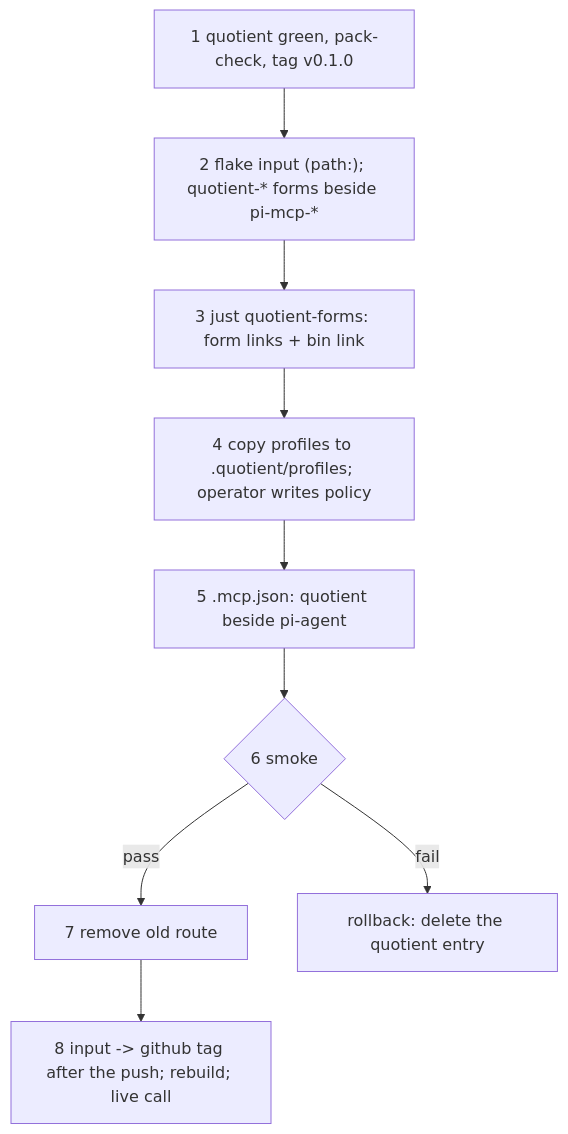
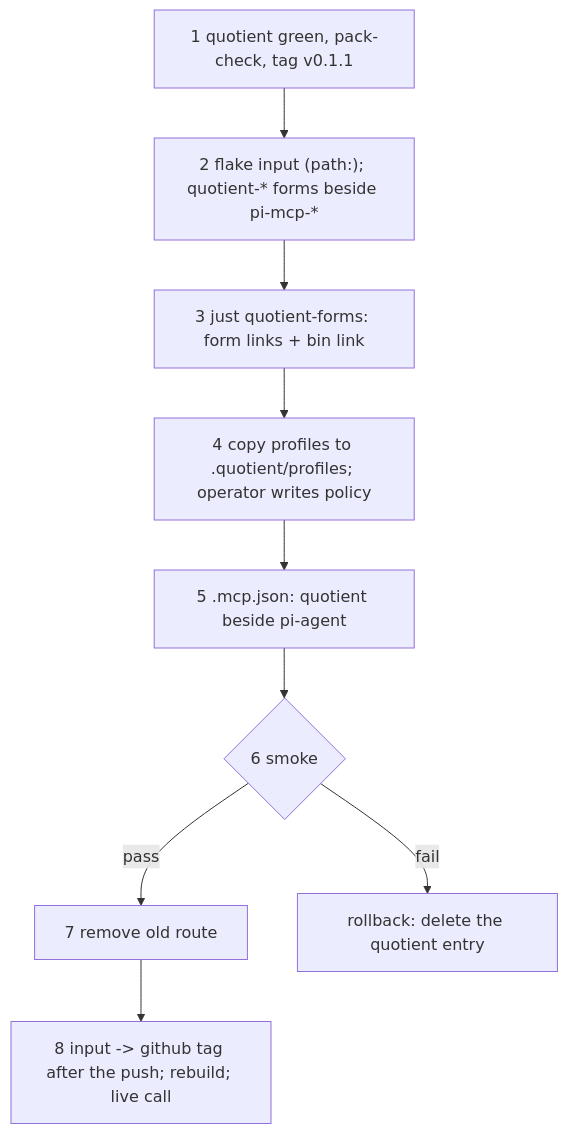
One commit to davidlee/satan changed the fourth of 4 diagrams in .doctrine/slice/031/design.md. Above: the diagram before and after it, drawn with Mermaid. The commit also changed other lines of this file and 6 other files, not shown here.

````diff
--- a/.doctrine/slice/031/design.md
+++ b/.doctrine/slice/031/design.md
@@ -621,11 +623,11 @@
 ```mermaid
 flowchart TD
-  S1["1 quotient green, pack-check, tag v0.1.0"] --> S2["2 flake input (path:); quotient-* forms beside pi-mcp-*"]
+  S1["1 quotient green, pack-check, tag v0.1.1"] --> S2["2 flake input (path:); quotient-* forms beside pi-mcp-*"]
   S2 --> S3["3 just quotient-forms: form links + bin link"]
   S3 --> S4["4 copy profiles to .quotient/profiles; operator writes policy"]
   S4 --> S5["5 .mcp.json: quotient beside pi-agent"]
   S5 --> S6{"6 smoke"}
   S6 -->|pass| S7["7 remove old route"]
   S6 -->|fail| RB["rollback: delete the quotient entry"]
   S7 --> S8["8 input -> github tag after the push; rebuild; live call"]
 ```
````
